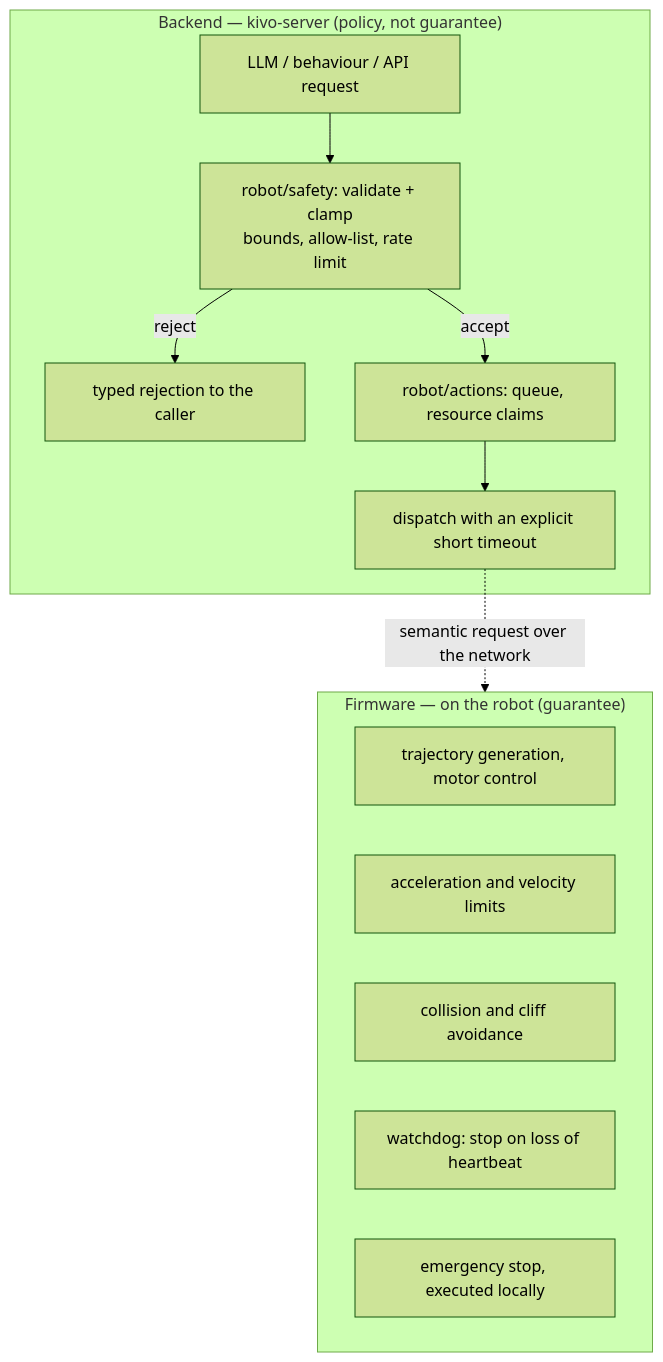
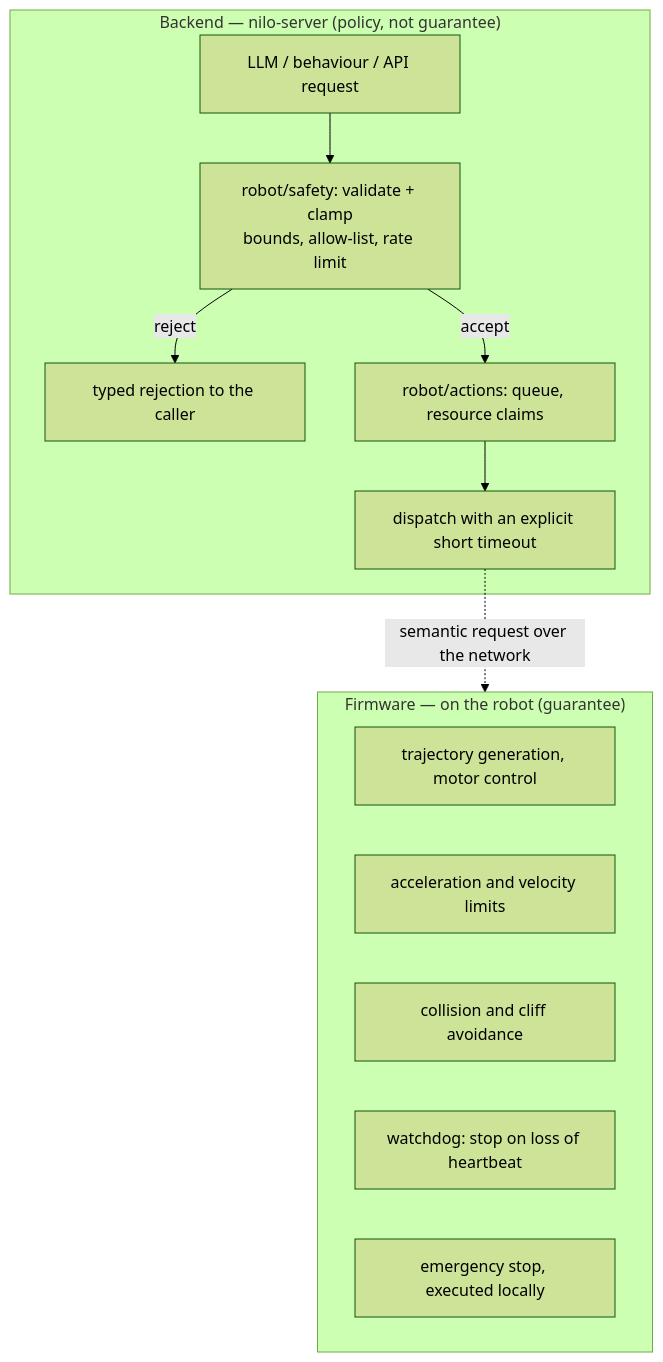
The third of 3 diagrams in docs/safety.md (AA-Box/Nilo), drawn with Mermaid (forest theme) before and after one commit. The commit also changed other lines of this file and 307 other files, not shown here.

````diff
--- a/docs/safety.md
+++ b/docs/safety.md
@@ -291,17 +300,17 @@
 ```mermaid
 flowchart TB
-    subgraph BE["Backend — kivo-server (policy, not guarantee)"]
+    subgraph BE["Backend — nilo-server (policy, not guarantee)"]
         LLM["LLM / behaviour / API request"] --> V["robot/safety: validate + clamp<br/>bounds, allow-list, rate limit"]
         V -->|reject| R["typed rejection to the caller"]
         V -->|accept| Q["robot/actions: queue, resource claims"]
         Q --> DISP["dispatch with an explicit short timeout"]
     end
     DISP -.->|semantic request over the network| FW
     subgraph FW["Firmware — on the robot (guarantee)"]
         TR["trajectory generation, motor control"]
         LIM["acceleration and velocity limits"]
         SENS["collision and cliff avoidance"]
         WD["watchdog: stop on loss of heartbeat"]
         ES["emergency stop, executed locally"]
     end
 ```
````
